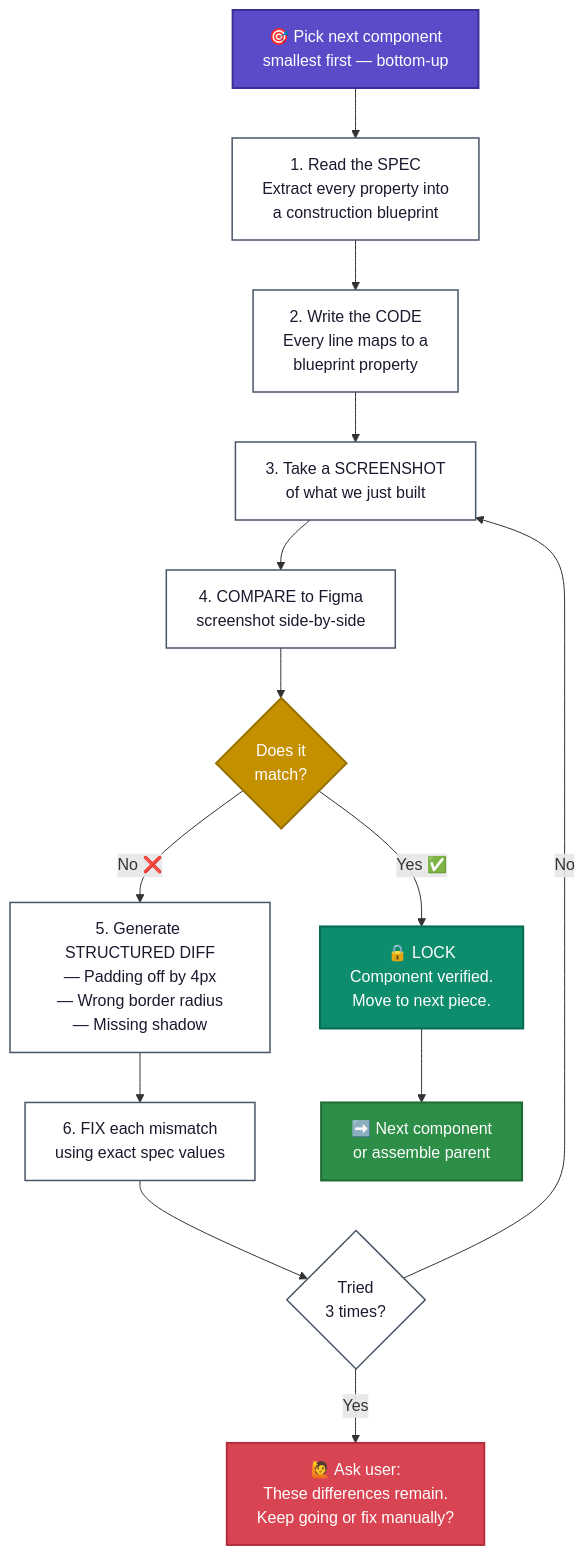
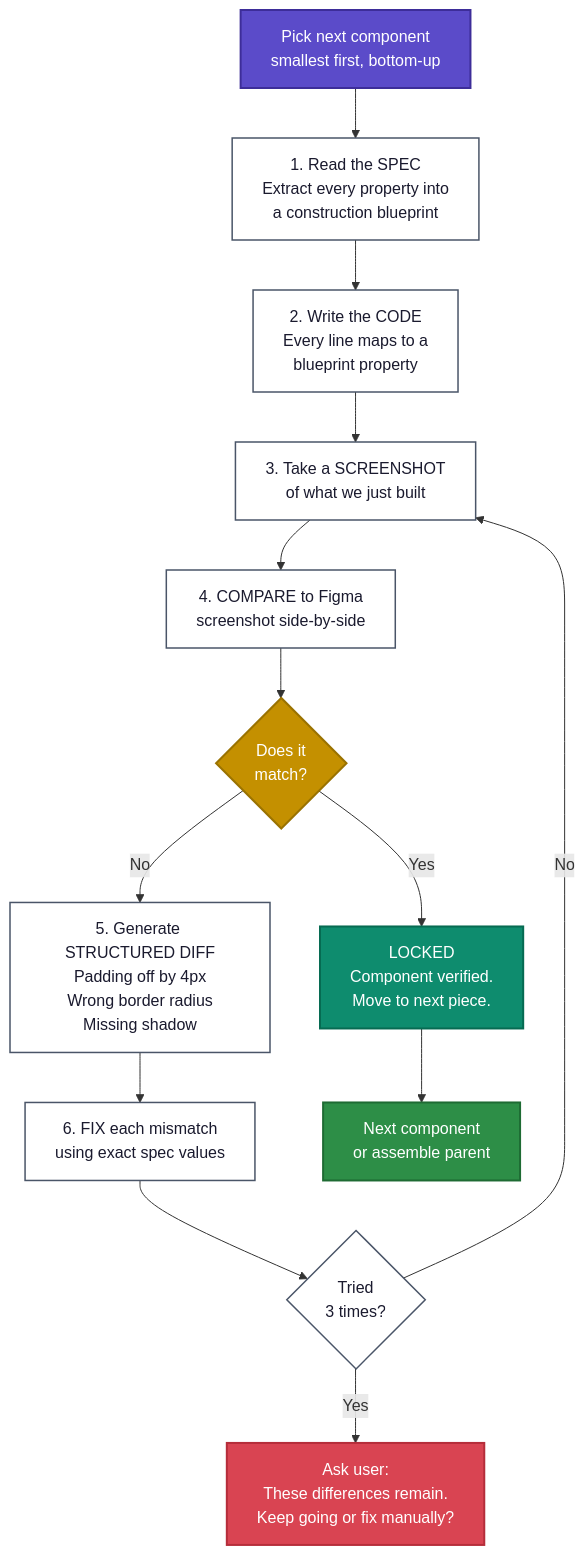
The fourth of 10 diagrams in README.md (bazingga08/figma-to-code), drawn with Mermaid before and after one commit. The commit also changed other lines of this file, not shown here.

First line of the commit message:
fix: remove emojis from Mermaid diagrams to fix GitHub 500 error

````diff
--- a/README.md
+++ b/README.md
@@ -135,40 +135,40 @@
 ```mermaid
 flowchart TD
-    START["🎯 Pick next component\nsmallest first — bottom-up"] --> READ
+    START[Pick next component<br/>smallest first, bottom-up] --> READ
 
-    READ["1. Read the SPEC\nExtract every property into\na construction blueprint"] --> CODE
+    READ[1. Read the SPEC<br/>Extract every property into<br/>a construction blueprint] --> CODE
 
-    CODE["2. Write the CODE\nEvery line maps to a\nblueprint property"] --> SCREENSHOT
+    CODE[2. Write the CODE<br/>Every line maps to a<br/>blueprint property] --> SCREENSHOT
 
-    SCREENSHOT["3. Take a SCREENSHOT\nof what we just built"] --> COMPARE
+    SCREENSHOT[3. Take a SCREENSHOT<br/>of what we just built] --> COMPARE
 
-    COMPARE["4. COMPARE to Figma\nscreenshot side-by-side"] --> MATCH
+    COMPARE[4. COMPARE to Figma<br/>screenshot side-by-side] --> MATCH
 
-    MATCH{"Does it\nmatch?"}
+    MATCH{Does it<br/>match?}
 
-    MATCH -->|"Yes ✅"| LOCK["🔒 LOCK\nComponent verified.\nMove to next piece."]
+    MATCH -->|Yes| LOCK[LOCKED<br/>Component verified.<br/>Move to next piece.]
 
-    MATCH -->|"No ❌"| DIFF["5. Generate STRUCTURED DIFF\n— Padding off by 4px\n— Wrong border radius\n— Missing shadow"]
+    MATCH -->|No| DIFF[5. Generate STRUCTURED DIFF<br/>Padding off by 4px<br/>Wrong border radius<br/>Missing shadow]
 
-    DIFF --> FIX["6. FIX each mismatch\nusing exact spec values"]
+    DIFF --> FIX[6. FIX each mismatch<br/>using exact spec values]
 
-    FIX --> COUNT{"Tried\n3 times?"}
+    FIX --> COUNT{Tried<br/>3 times?}
 
-    COUNT -->|"No"| SCREENSHOT
-    COUNT -->|"Yes"| ASK["🙋 Ask user:\nThese differences remain.\nKeep going or fix manually?"]
+    COUNT -->|No| SCREENSHOT
+    COUNT -->|Yes| ASK[Ask user:<br/>These differences remain.<br/>Keep going or fix manually?]
 
-    LOCK --> NEXT["➡️ Next component\nor assemble parent"]
+    LOCK --> NEXT[Next component<br/>or assemble parent]
 
     style START fill:#5B4BC9,color:#ffffff,stroke:#3d2d99,stroke-width:2px
     style LOCK fill:#0E8C6E,color:#ffffff,stroke:#066b52,stroke-width:2px
     style MATCH fill:#C49000,color:#ffffff,stroke:#9a7200,stroke-width:2px
     style ASK fill:#D94452,color:#ffffff,stroke:#b52d3a,stroke-width:2px
     style NEXT fill:#2D8E47,color:#ffffff,stroke:#1e6b33,stroke-width:2px
     style READ fill:#ffffff,color:#1a1a2e,stroke:#4a5568,stroke-width:1.5px
     style CODE fill:#ffffff,color:#1a1a2e,stroke:#4a5568,stroke-width:1.5px
     style SCREENSHOT fill:#ffffff,color:#1a1a2e,stroke:#4a5568,stroke-width:1.5px
     style COMPARE fill:#ffffff,color:#1a1a2e,stroke:#4a5568,stroke-width:1.5px
     style DIFF fill:#ffffff,color:#1a1a2e,stroke:#4a5568,stroke-width:1.5px
     style FIX fill:#ffffff,color:#1a1a2e,stroke:#4a5568,stroke-width:1.5px
     style COUNT fill:#ffffff,color:#1a1a2e,stroke:#4a5568,stroke-width:1.5px
 ```
````
